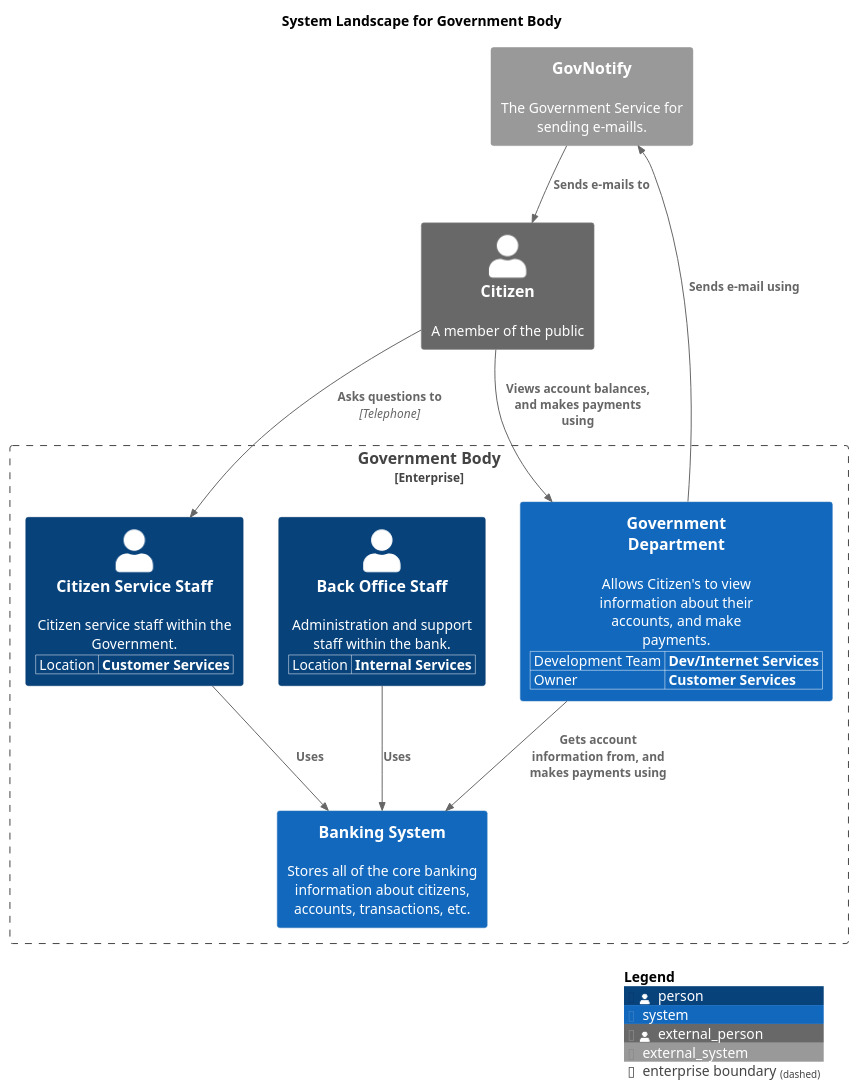
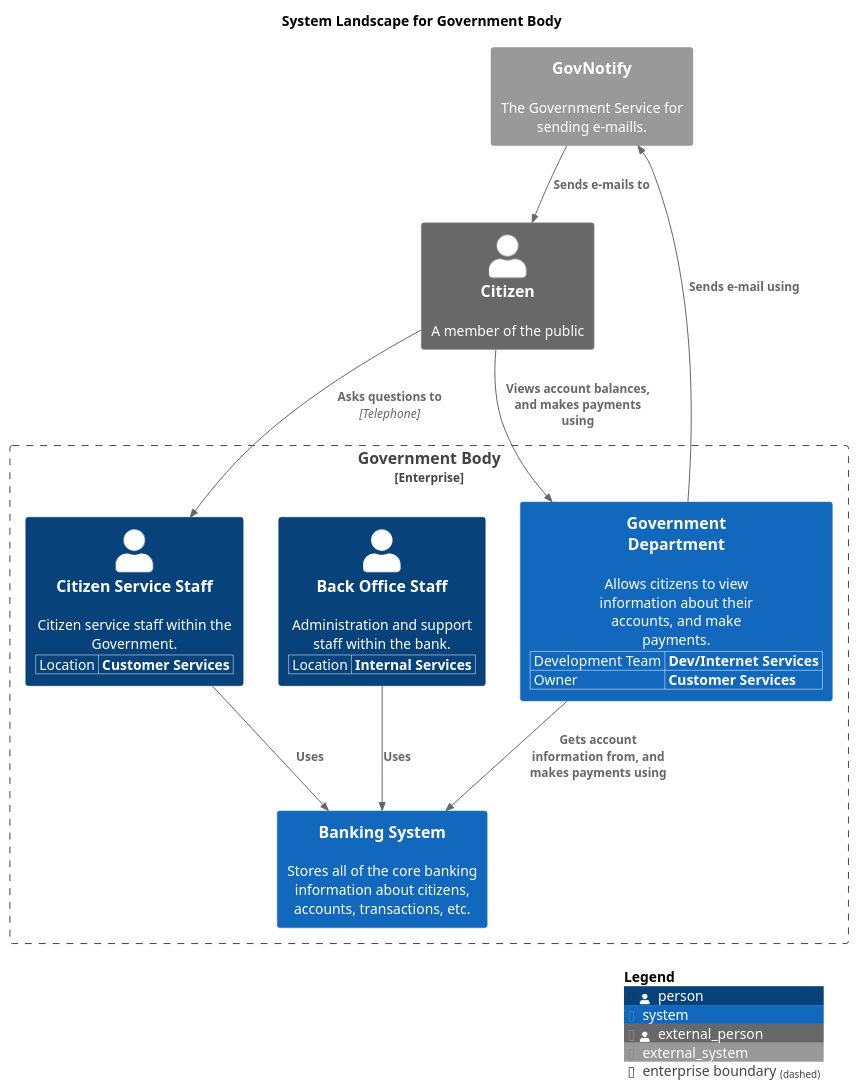
One commit to madetech/structurizr-template changed the diagram in puml/SystemLandscape-SystemLandscape.puml. Above: the diagram before and after it, drawn with PlantUML. The commit also changed 32 other files, not shown here.

```diff
--- a/puml/SystemLandscape-SystemLandscape.puml
+++ b/puml/SystemLandscape-SystemLandscape.puml
@@ -1,38 +1,38 @@
 @startuml
 set separator none
 title System Landscape for Government Body
 
 top to bottom direction
 
 !include https://raw.githubusercontent.com/plantuml-stdlib/C4-PlantUML/master/C4.puml
 !include https://raw.githubusercontent.com/plantuml-stdlib/C4-PlantUML/master/C4_Context.puml
 
 skinparam svgDimensionStyle false
 skinparam preserveAspectRatio meet
 Enterprise_Boundary(enterprise, "Government Body") {
   WithoutPropertyHeader()
   AddProperty("Location","Customer Services")
   Person(CitizenServiceStaff, "Citizen Service Staff", "Citizen service staff within the Government.", $tags="")
   WithoutPropertyHeader()
   AddProperty("Location","Internal Services")
   Person(BackOfficeStaff, "Back Office Staff", "Administration and support staff within the bank.", $tags="")
   System(BankingSystem, "Banking System", "Stores all of the core banking information about citizens, accounts, transactions, etc.", $tags="")[[../banking-system/context/]]
   WithoutPropertyHeader()
   AddProperty("Development Team","Dev/Internet Services")
   AddProperty("Owner","Customer Services")
-  System(GovernmentDepartment, "Government Department", "Allows Citizen's to view information about their accounts, and make payments.", $tags="")[[../government-department/context/]]
+  System(GovernmentDepartment, "Government Department", "Allows citizens to view information about their accounts, and make payments.", $tags="")[[../government-department/context/]]
 }
 
 Person_Ext(Citizen, "Citizen", "A member of the public", $tags="")
 System_Ext(GovNotify, "GovNotify", "The Government Service for sending e-maills.", $tags="")
 
 Rel_D(Citizen, GovernmentDepartment, "Views account balances, and makes payments using", $tags="")
 Rel_D(GovernmentDepartment, BankingSystem, "Gets account information from, and makes payments using", $tags="")
 Rel_D(GovernmentDepartment, GovNotify, "Sends e-mail using", $tags="")
 Rel_D(GovNotify, Citizen, "Sends e-mails to", $tags="")
 Rel_D(Citizen, CitizenServiceStaff, "Asks questions to", "Telephone", $tags="")
 Rel_D(CitizenServiceStaff, BankingSystem, "Uses", $tags="")
 Rel_D(BackOfficeStaff, BankingSystem, "Uses", $tags="")
 
 SHOW_LEGEND(true)
 @enduml
```
